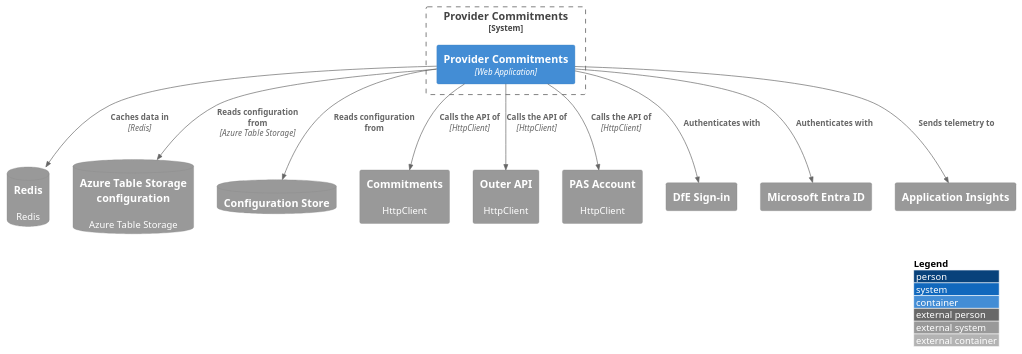
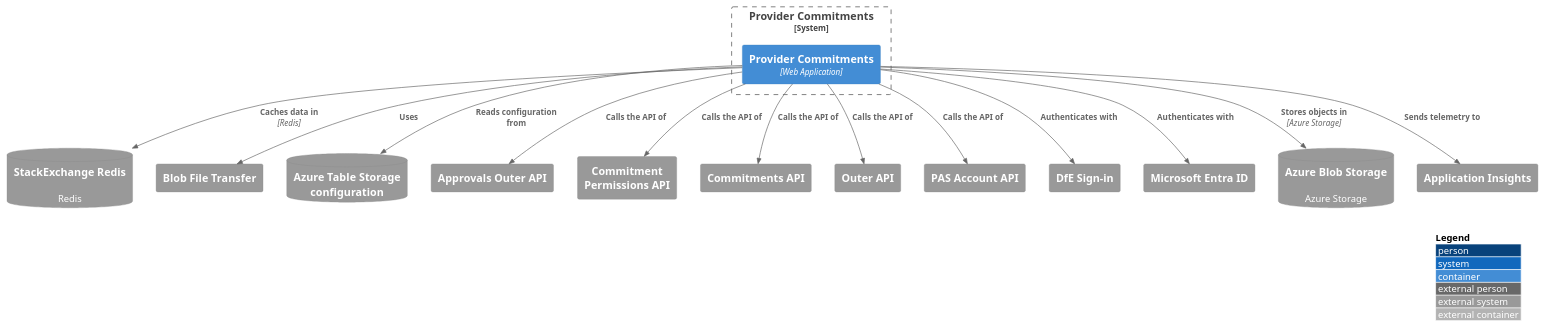
One commit to talentconsulting/atlas-dfe changed the diagram in das-providercommitments/service-dependencies/service-dependencies.puml. Above: the diagram before and after it, drawn with PlantUML. The commit also changed 20 other files, not shown here.

```diff
--- a/das-providercommitments/service-dependencies/service-dependencies.puml
+++ b/das-providercommitments/service-dependencies/service-dependencies.puml
@@ -1,29 +1,35 @@
 @startuml
 !include https://raw.githubusercontent.com/plantuml-stdlib/C4-PlantUML/master/C4_Container.puml
 LAYOUT_WITH_LEGEND()
 
 System_Boundary(sys_SkillsFundingAgency_das_providercommitments, "Provider Commitments") {
   Container(c_provider_commitments_web, "Provider Commitments", "Web Application")
 }
 
-SystemDb_Ext(d_cache_redis, "Redis", "Redis")
-SystemDb_Ext(d_configuration_store_azure_table_storage_configuration, "Azure Table Storage configuration", "Azure Table Storage")
-SystemDb_Ext(d_configuration_store_configuration_store, "Configuration Store")
-System_Ext(d_http_api_commitments, "Commitments", "HttpClient")
-System_Ext(d_http_api_outer_api, "Outer API", "HttpClient")
-System_Ext(d_http_api_pas_account, "PAS Account", "HttpClient")
+SystemDb_Ext(d_cache_stackexchange_redis, "StackExchange Redis", "Redis")
+System_Ext(d_cloud_service_blob_file_transfer, "Blob File Transfer")
+SystemDb_Ext(d_configuration_store_azure_table_storage_configuration, "Azure Table Storage configuration")
+System_Ext(d_http_api_approvals_outer_api, "Approvals Outer API")
+System_Ext(d_http_api_commitment_permissions_api, "Commitment Permissions API")
+System_Ext(d_http_api_commitments_api, "Commitments API")
+System_Ext(d_http_api_outer_api, "Outer API")
+System_Ext(d_http_api_pas_account_api, "PAS Account API")
 System_Ext(d_identity_provider_dfe_sign_in, "DfE Sign-in")
 System_Ext(d_identity_provider_microsoft_entra_id, "Microsoft Entra ID")
+SystemDb_Ext(d_object_storage_azure_blob_storage, "Azure Blob Storage", "Azure Storage")
 System_Ext(d_telemetry_application_insights, "Application Insights")
 
-Rel(c_provider_commitments_web, d_cache_redis, "Caches data in", "Redis")
-Rel(c_provider_commitments_web, d_configuration_store_azure_table_storage_configuration, "Reads configuration from", "Azure Table Storage")
-Rel(c_provider_commitments_web, d_configuration_store_configuration_store, "Reads configuration from")
-Rel(c_provider_commitments_web, d_http_api_commitments, "Calls the API of", "HttpClient")
-Rel(c_provider_commitments_web, d_http_api_outer_api, "Calls the API of", "HttpClient")
-Rel(c_provider_commitments_web, d_http_api_pas_account, "Calls the API of", "HttpClient")
+Rel(c_provider_commitments_web, d_cache_stackexchange_redis, "Caches data in", "Redis")
+Rel(c_provider_commitments_web, d_cloud_service_blob_file_transfer, "Uses")
+Rel(c_provider_commitments_web, d_configuration_store_azure_table_storage_configuration, "Reads configuration from")
+Rel(c_provider_commitments_web, d_http_api_approvals_outer_api, "Calls the API of")
+Rel(c_provider_commitments_web, d_http_api_commitment_permissions_api, "Calls the API of")
+Rel(c_provider_commitments_web, d_http_api_commitments_api, "Calls the API of")
+Rel(c_provider_commitments_web, d_http_api_outer_api, "Calls the API of")
+Rel(c_provider_commitments_web, d_http_api_pas_account_api, "Calls the API of")
 Rel(c_provider_commitments_web, d_identity_provider_dfe_sign_in, "Authenticates with")
 Rel(c_provider_commitments_web, d_identity_provider_microsoft_entra_id, "Authenticates with")
+Rel(c_provider_commitments_web, d_object_storage_azure_blob_storage, "Stores objects in", "Azure Storage")
 Rel(c_provider_commitments_web, d_telemetry_application_insights, "Sends telemetry to")
 
 @enduml
```
